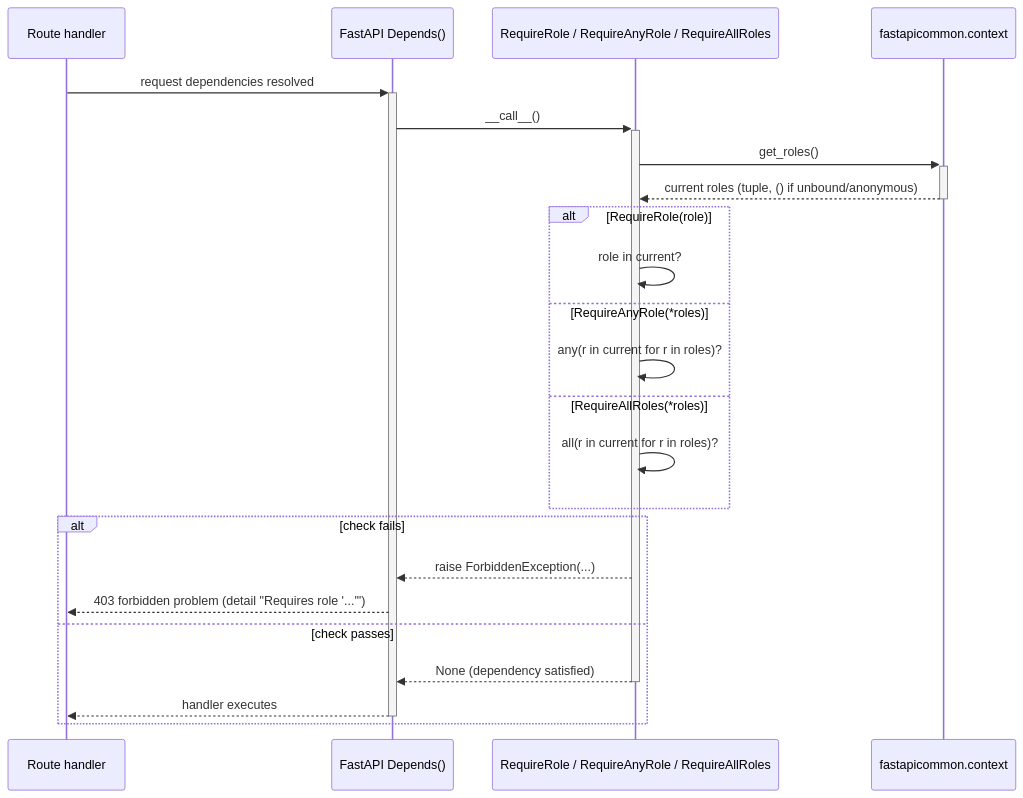
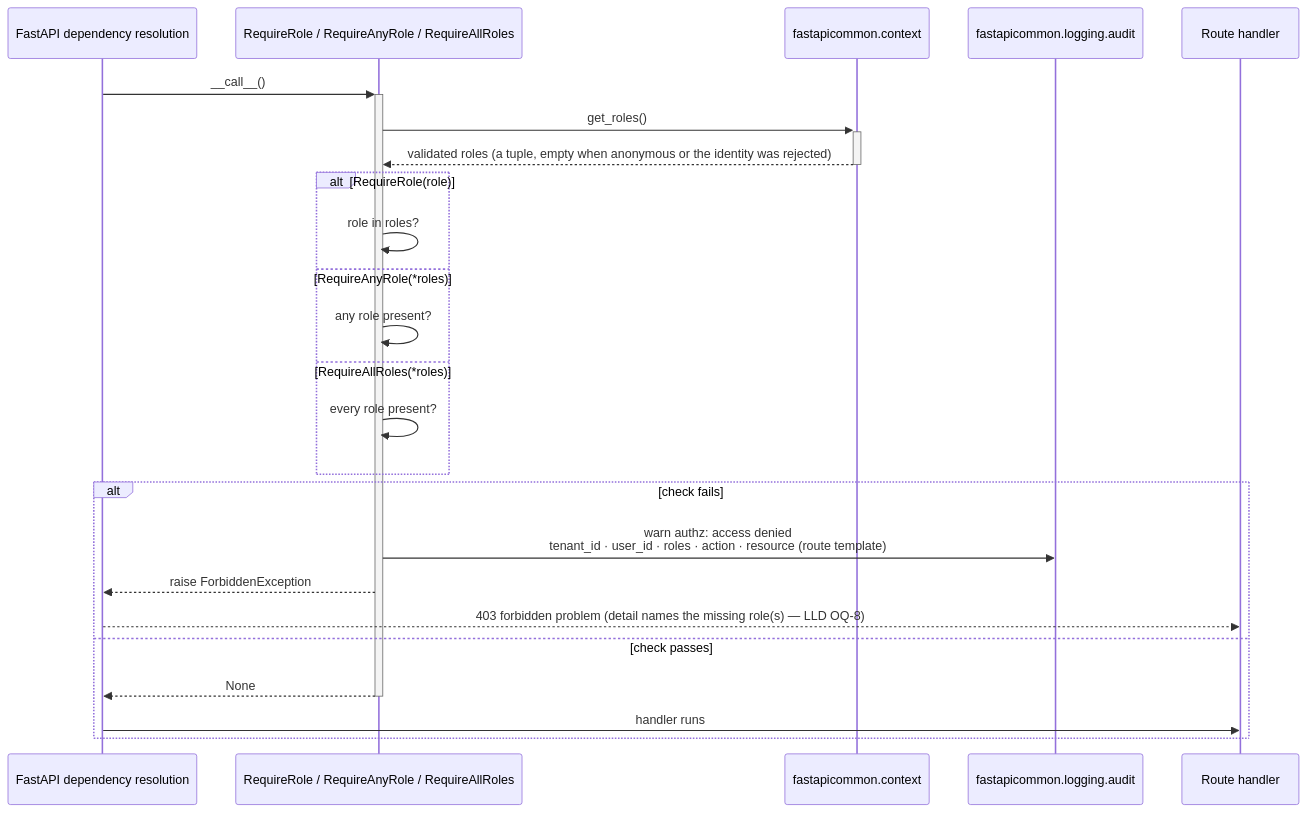
The diagram in docs/architecture/mermaid/rbac-dependency-flow.mmd (BCBP-SOLUTIONS-FZC-LLC/platform-fastapicommon), drawn with Mermaid before and after one commit. The commit also changed 141 other files, not shown here.

```diff
--- a/docs/architecture/mermaid/rbac-dependency-flow.mmd
+++ b/docs/architecture/mermaid/rbac-dependency-flow.mmd
@@ -1,26 +1,27 @@
 sequenceDiagram
-    participant H as Route handler
-    participant Dep as FastAPI Depends()
+    participant FA as FastAPI dependency resolution
     participant RBAC as RequireRole / RequireAnyRole / RequireAllRoles
     participant Ctx as fastapicommon.context
+    participant Log as fastapicommon.logging.audit
+    participant H as Route handler
 
-    H ->>+ Dep: request dependencies resolved
-    Dep ->>+ RBAC: __call__()
+    FA ->>+ RBAC: __call__()
     RBAC ->>+ Ctx: get_roles()
-    Ctx -->>- RBAC: current roles (tuple, () if unbound/anonymous)
+    Ctx -->>- RBAC: validated roles (a tuple, empty when anonymous or the identity was rejected)
 
     alt RequireRole(role)
-        RBAC ->> RBAC: role in current?
+        RBAC ->> RBAC: role in roles?
     else RequireAnyRole(*roles)
-        RBAC ->> RBAC: any(r in current for r in roles)?
+        RBAC ->> RBAC: any role present?
     else RequireAllRoles(*roles)
-        RBAC ->> RBAC: all(r in current for r in roles)?
+        RBAC ->> RBAC: every role present?
     end
 
     alt check fails
-        RBAC -->> Dep: raise ForbiddenException(...)
-        Dep -->> H: 403 forbidden problem (detail "Requires role '...'")
+        RBAC ->> Log: warn authz: access denied<br/>tenant_id · user_id · roles · action · resource (route template)
+        RBAC -->> FA: raise ForbiddenException
+        FA -->> H: 403 forbidden problem (detail names the missing role(s) — LLD OQ-8)
     else check passes
-        RBAC -->>- Dep: None (dependency satisfied)
-        Dep -->>- H: handler executes
+        RBAC -->>- FA: None
+        FA ->> H: handler runs
     end
```
